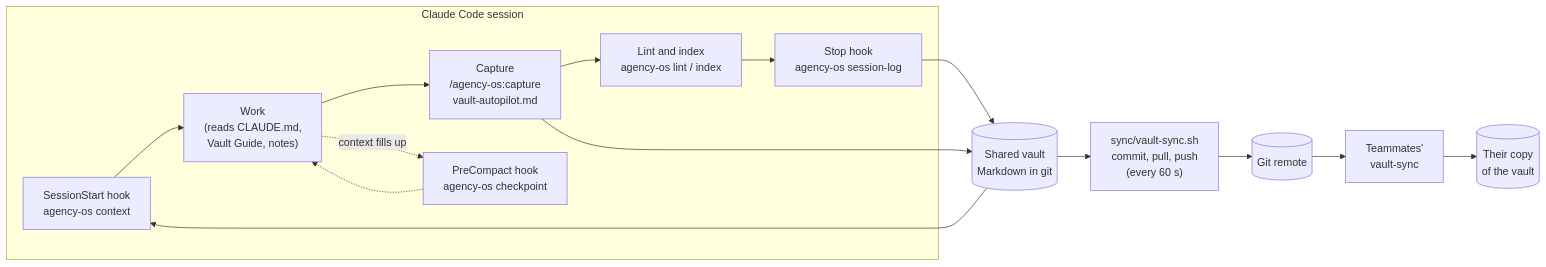
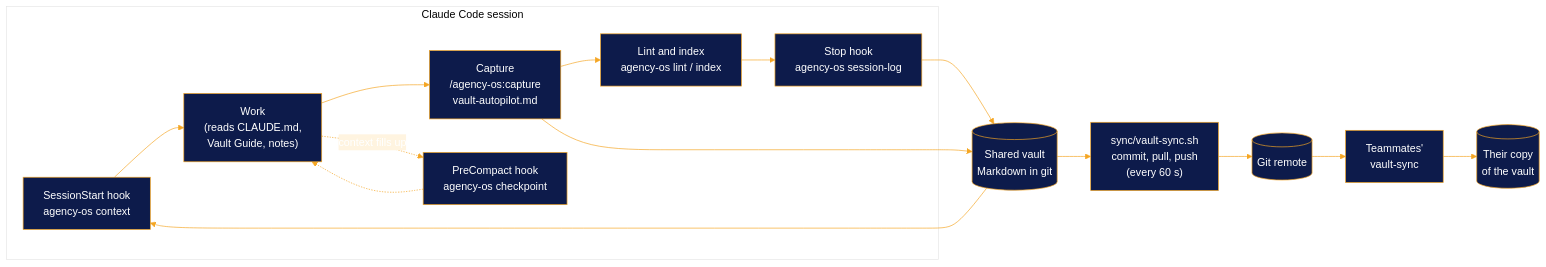
One commit to chris-fountoulis/agency-os changed the diagram in docs/architecture.md. Above: the diagram before and after it, drawn with Mermaid. The commit also changed other lines of this file, not shown here.

Commit message:
docs(architecture): contents, branded diagram, exit code table and alerts

````diff
--- a/docs/architecture.md
+++ b/docs/architecture.md
@@ -17,18 +29,19 @@
 ```mermaid
+%%{init: {'theme':'base','themeVariables':{'primaryColor':'#0D1B4B','primaryTextColor':'#ffffff','primaryBorderColor':'#F5A623','lineColor':'#F5A623','secondaryColor':'#FFF4E0','tertiaryColor':'#ffffff'}}}%%
 flowchart LR
     subgraph Session["Claude Code session"]
         S["SessionStart hook<br/>agency-os context"] --> W["Work<br/>(reads CLAUDE.md,<br/>Vault Guide, notes)"]
         W --> C["Capture<br/>/agency-os:capture<br/>vault-autopilot.md"]
         C --> L["Lint and index<br/>agency-os lint / index"]
         L --> T["Stop hook<br/>agency-os session-log"]
         W -. "context fills up" .-> P["PreCompact hook<br/>agency-os checkpoint"]
         P -.-> W
     end
     T --> V[("Shared vault<br/>Markdown in git")]
     C --> V
     V --> Y["sync/vault-sync.sh<br/>commit, pull, push<br/>(every 60 s)"]
     Y --> R[("Git remote")]
     R --> Y2["Teammates'<br/>vault-sync"]
     Y2 --> V2[("Their copy<br/>of the vault")]
     V --> S
 ```
````
